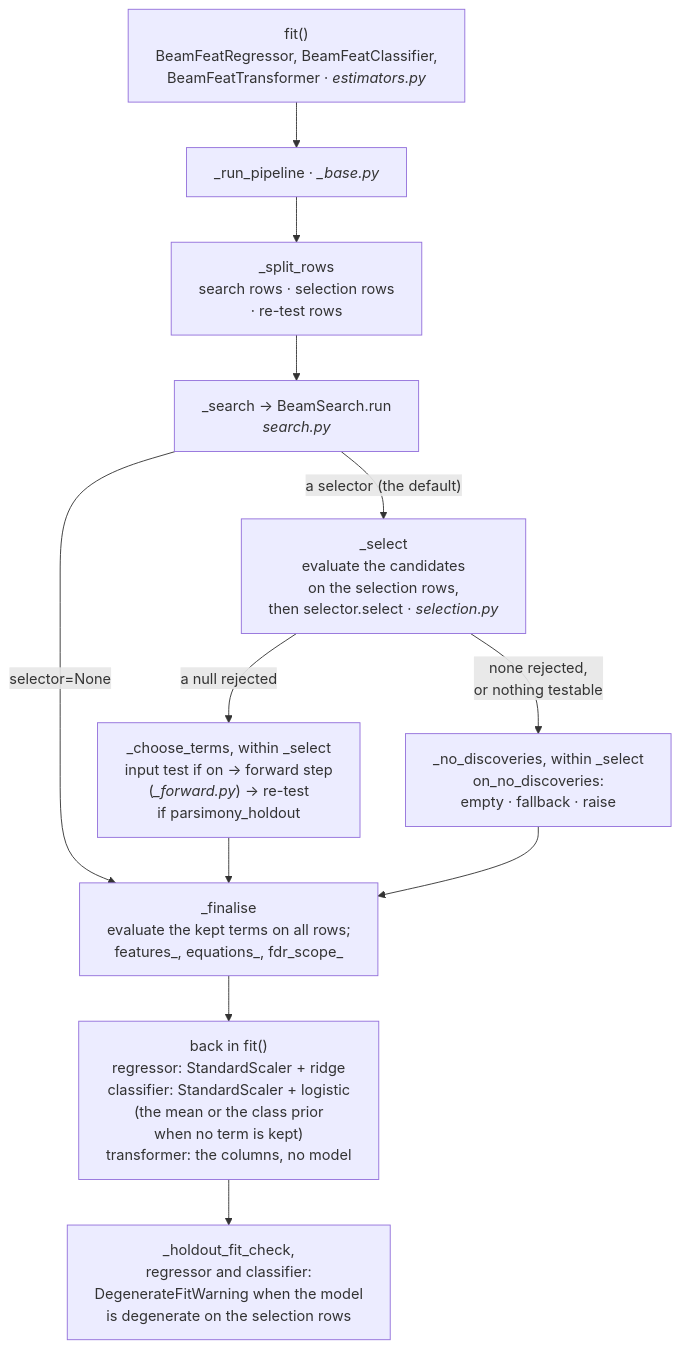
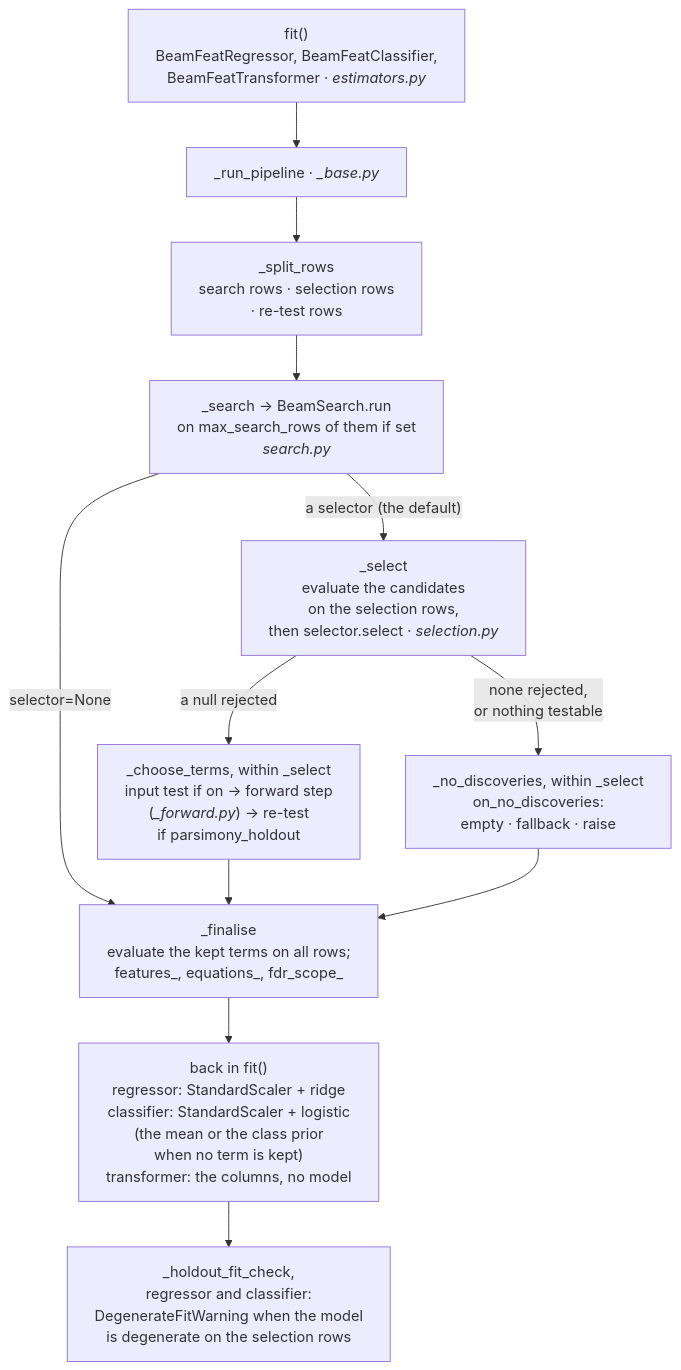
Before and after one commit to LD-Shell/beamfeat: the first of 3 diagrams in ARCHITECTURE.md, drawn with Mermaid. The commit also changed other lines of this file and 21 other files, not shown here.

````diff
--- a/ARCHITECTURE.md
+++ b/ARCHITECTURE.md
@@ -13,20 +13,20 @@
 ```mermaid
 ---
 config:
   flowchart:
     wrappingWidth: 600
 ---
 flowchart TD
     fit["fit()<br/>BeamFeatRegressor, BeamFeatClassifier,<br/>BeamFeatTransformer · <i>estimators.py</i>"]
     fit --> pipe["_run_pipeline · <i>_base.py</i>"]
     pipe --> rows["_split_rows<br/>search rows · selection rows<br/>· re-test rows"]
-    rows --> search["_search → BeamSearch.run<br/><i>search.py</i>"]
+    rows --> search["_search → BeamSearch.run<br/>on max_search_rows of them if set<br/><i>search.py</i>"]
     search -->|"a selector (the default)"| screen["_select<br/>evaluate the candidates<br/>on the selection rows,<br/>then selector.select · <i>selection.py</i>"]
     search -->|"selector=None"| finish
     screen -->|"a null rejected"| choose["_choose_terms, within _select<br/>input test if on → forward step<br/>(<i>_forward.py</i>) → re-test<br/>if parsimony_holdout"]
     screen -->|"none rejected,<br/>or nothing testable"| nodisc["_no_discoveries, within _select<br/>on_no_discoveries:<br/>empty · fallback · raise"]
     choose --> finish["_finalise<br/>evaluate the kept terms on all rows;<br/>features_, equations_, fdr_scope_"]
     nodisc --> finish
     finish --> model["back in fit()<br/>regressor: StandardScaler + ridge<br/>classifier: StandardScaler + logistic<br/>(the mean or the class prior<br/>when no term is kept)<br/>transformer: the columns, no model"]
     model --> check["_holdout_fit_check,<br/>regressor and classifier:<br/>DegenerateFitWarning when the model<br/>is degenerate on the selection rows"]
 ```
````
